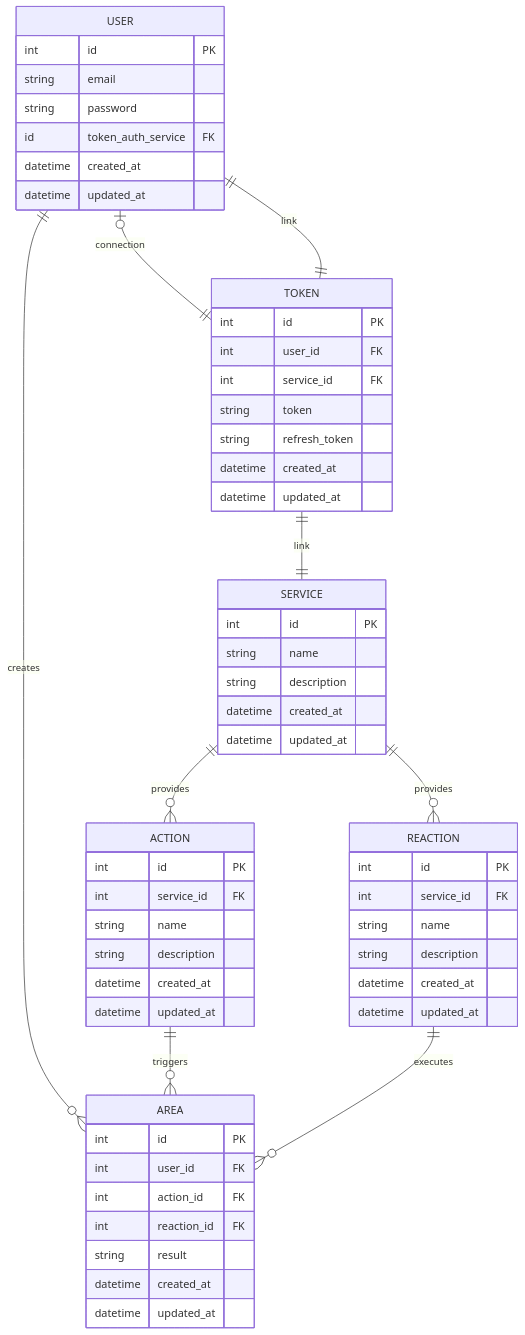
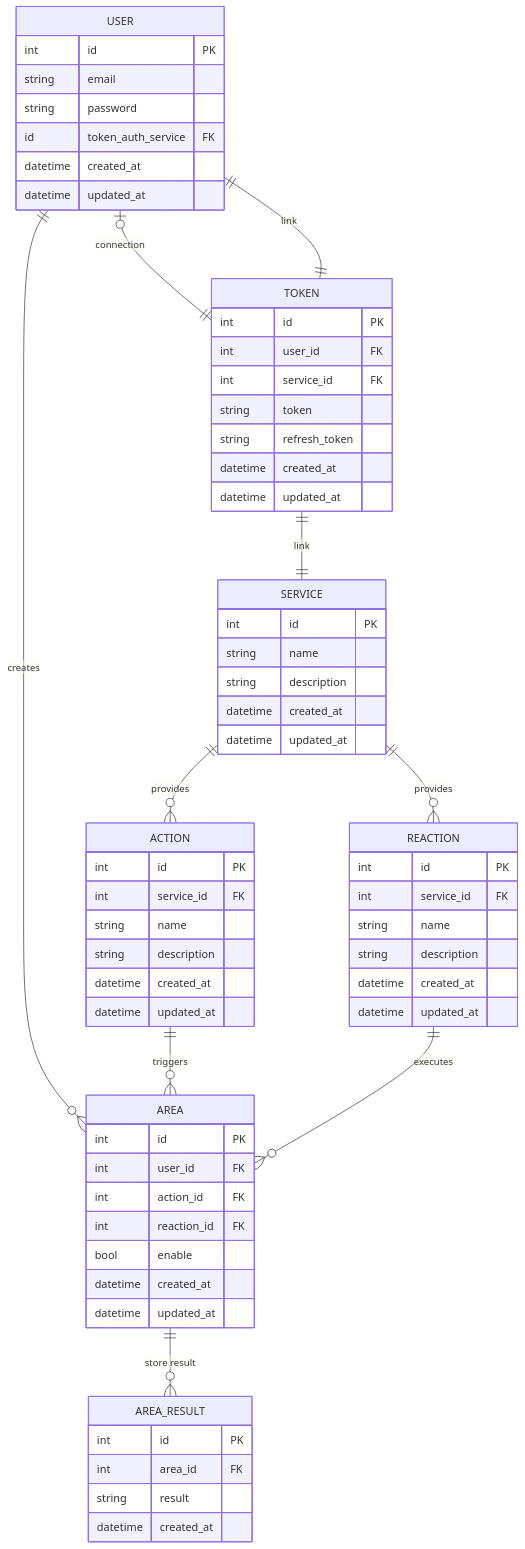
The diagram in docs/database.md (Epitouche/Perimeter), drawn with Mermaid before and after one commit.

Commit message:
[UPD] Update database schema include AREA_RESULT and modify AREA structure

````diff
--- a/docs/database.md
+++ b/docs/database.md
@@ -16,62 +16,71 @@
 ```mermaid
 erDiagram
     USER {
         int id PK
         string email
         string password
         id token_auth_service FK
         datetime created_at
         datetime updated_at
     }
     SERVICE {
         int id PK
         string name
         string description
         datetime created_at
         datetime updated_at
     }
     ACTION {
         int id PK
         int service_id FK
         string name
         string description
         datetime created_at
         datetime updated_at
     }
     REACTION {
         int id PK
         int service_id FK
         string name
         string description
         datetime created_at
         datetime updated_at
     }
+
     AREA {
         int id PK
         int user_id FK
         int action_id FK
         int reaction_id FK
+        bool enable
+        datetime created_at
+        datetime updated_at
+    }
+
+    AREA_RESULT {
+        int id PK
+        int area_id FK
         string result
         datetime created_at
-        datetime updated_at
     }
 
     TOKEN {
         int id PK
         int user_id FK
         int service_id FK
         string token
         string refresh_token
         datetime created_at
         datetime updated_at
     }
 
     USER ||--o{ AREA : "creates"
     SERVICE ||--o{ ACTION : "provides"
     SERVICE ||--o{ REACTION : "provides"
     ACTION ||--o{ AREA : "triggers"
     REACTION ||--o{ AREA : "executes"
     USER |o--|| TOKEN : "connection"
     TOKEN ||--|| USER : "link"
     TOKEN ||--|| SERVICE : "link"
+    AREA ||--o{ AREA_RESULT : "store result"
 ```
````
